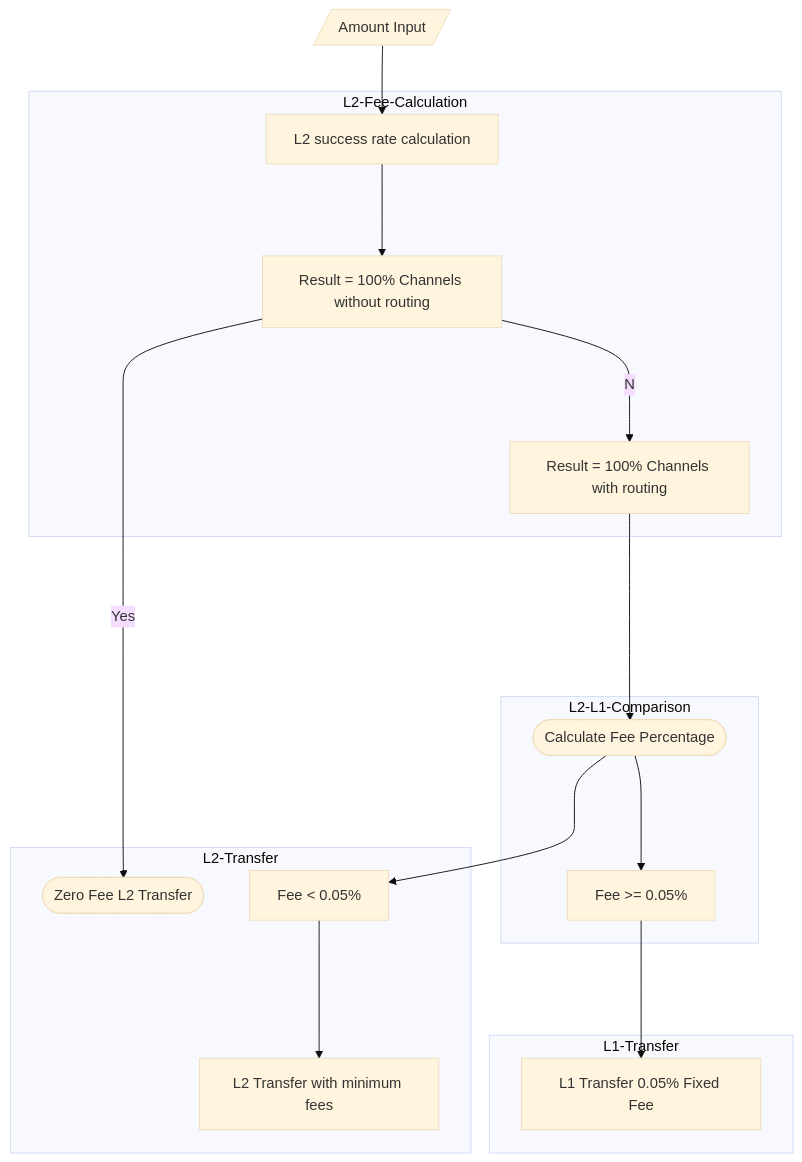
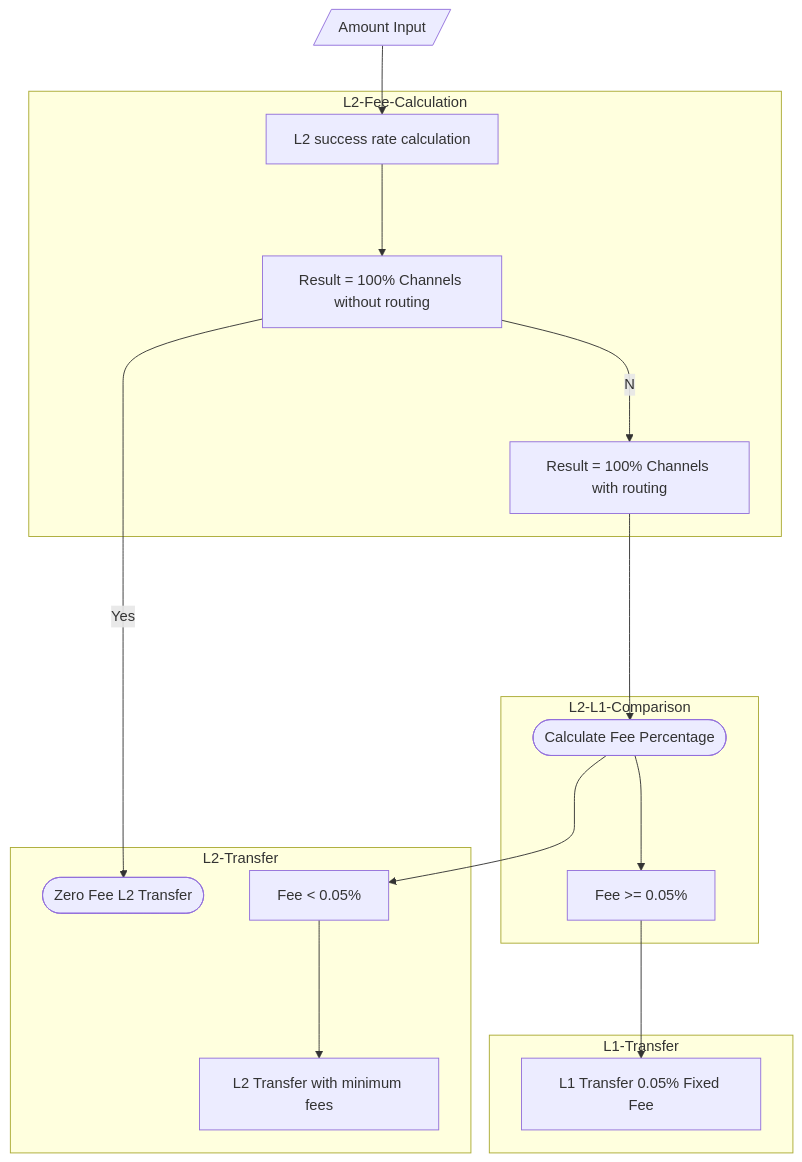
One commit to viralfoundation/Technical-Whitepaper-LaTeX changed the diagram in README.md. Above: the diagram before and after it, drawn with Mermaid.

Commit message:
Commit #8

````diff
--- a/README.md
+++ b/README.md
@@ -653,25 +653,25 @@
 ```mermaid
-%%{init: {'theme':'base'}}%%
+
 flowchart TB
 
    
     A[/Amount Input /]--> B[L2 success rate calculation]
     subgraph L2-Fee-Calculation 
     B ---> C[Result = 100% Channels without routing]
     C --No--> E[Result = 100% Channels with routing]
     end
     subgraph L2-Transfer
     C --Yes--> D([Zero Fee L2 Transfer])
     I ---> K[L2 Transfer with minimum fees]
     end
     subgraph L2-L1-Comparison
     E ----> G([Calculate Fee Percentage])
     G --->J[Fee >= 0.05%]
     G --->I[Fee < 0.05%]
     end
     subgraph L1-Transfer
     J ---> H[L1 Transfer 0.05% Fixed Fee]
     end
      
 
 ```
````
